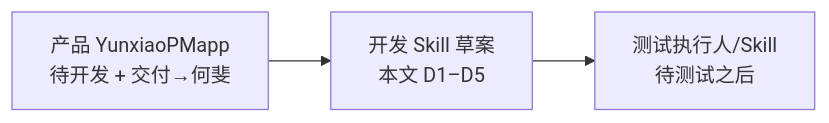
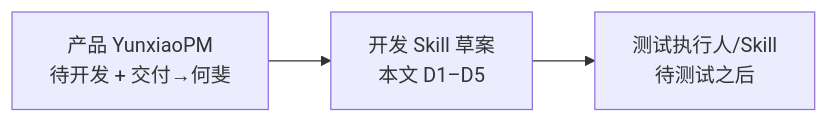
The second of 2 diagrams in docs/开发侧流转草案.md (15810879921-coder/oneos-pm-skills), drawn with Mermaid before and after one commit. The commit also changed other lines of this file and 34 other files, not shown here.

First line of the commit message:
refactor: rename skill YunxiaoPMapp → YunxiaoPM

````diff
--- a/docs/开发侧流转草案.md
+++ b/docs/开发侧流转草案.md
@@ -112,5 +112,5 @@
 ```mermaid
 flowchart LR
-  PM["产品 YunxiaoPMapp\n待开发 + 交付→何斐"] --> DevSkill["开发 Skill 草案\n本文 D1–D5"]
+  PM["产品 YunxiaoPM\n待开发 + 交付→何斐"] --> DevSkill["开发 Skill 草案\n本文 D1–D5"]
   DevSkill --> QA["测试执行人/Skill\n待测试之后"]
 ```
````
